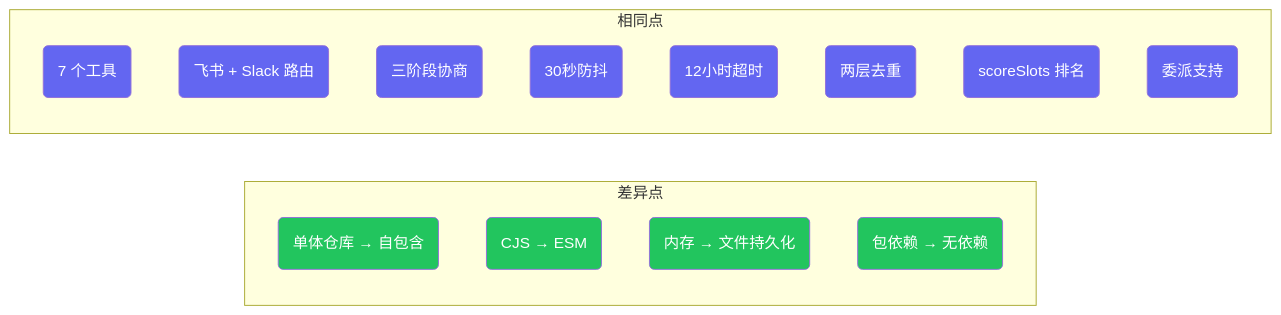
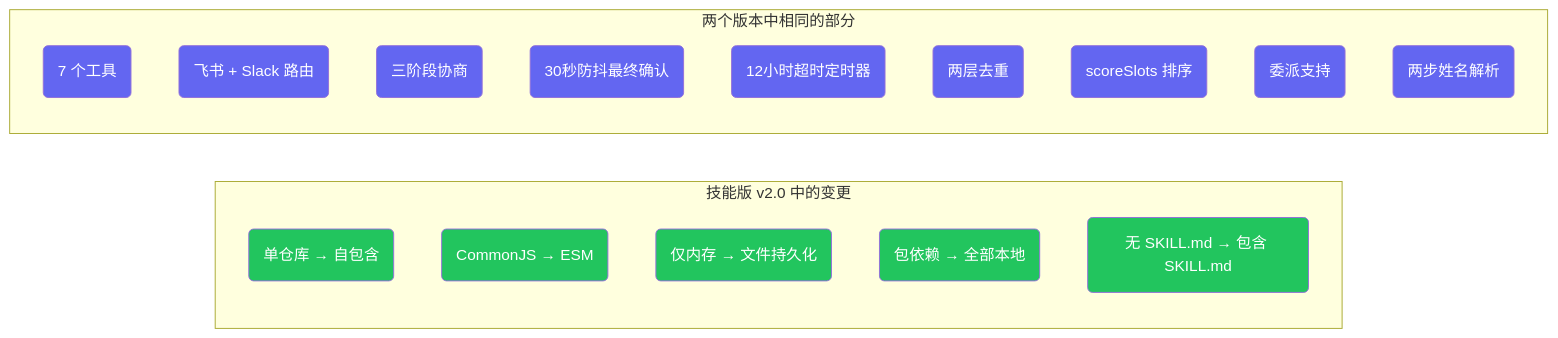
One commit to javana3/claw_meeting_all changed diagram 13 of 13 in README.zh-CN.md. Above: the diagram before and after it, drawn with Mermaid. The commit also changed other lines of this file and 4 other files, not shown here.

First line of the commit message:
docs: rewrite all 5 READMEs with detailed Plugin/Skill flow + diff

````diff
--- a/README.zh-CN.md
+++ b/README.zh-CN.md
@@ -289,33 +469,37 @@
 ```mermaid
 graph LR
-    subgraph "差异点"
-        D1(单体仓库 → 自包含)
-        D2(CJS → ESM)
-        D3(内存 → 文件持久化)
-        D4(包依赖 → 无依赖)
+    subgraph "技能版 v2.0 中的变更"
+        D1(单仓库 → 自包含)
+        D2(CommonJS → ESM)
+        D3(仅内存 → 文件持久化)
+        D4(包依赖 → 全部本地)
+        D5(无 SKILL.md → 包含 SKILL.md)
     end
 
-    subgraph "相同点"
+    subgraph "两个版本中相同的部分"
         S1(7 个工具)
         S2(飞书 + Slack 路由)
         S3(三阶段协商)
-        S4(30秒防抖)
-        S5(12小时超时)
+        S4(30秒防抖最终确认)
+        S5(12小时超时定时器)
         S6(两层去重)
-        S7(scoreSlots 排名)
+        S7(scoreSlots 排序)
         S8(委派支持)
+        S9(两步姓名解析)
     end
 
     style D1 fill:#22c55e,color:#fff
     style D2 fill:#22c55e,color:#fff
     style D3 fill:#22c55e,color:#fff
     style D4 fill:#22c55e,color:#fff
+    style D5 fill:#22c55e,color:#fff
     style S1 fill:#6366f1,color:#fff
     style S2 fill:#6366f1,color:#fff
     style S3 fill:#6366f1,color:#fff
     style S4 fill:#6366f1,color:#fff
     style S5 fill:#6366f1,color:#fff
     style S6 fill:#6366f1,color:#fff
     style S7 fill:#6366f1,color:#fff
     style S8 fill:#6366f1,color:#fff
+    style S9 fill:#6366f1,color:#fff
 ```
````
